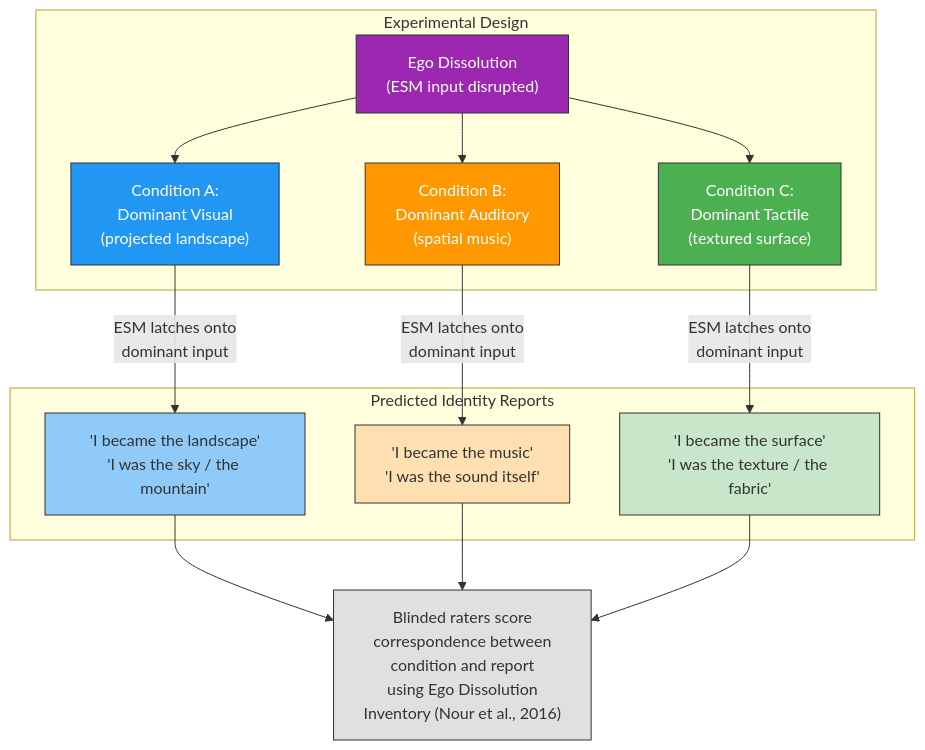
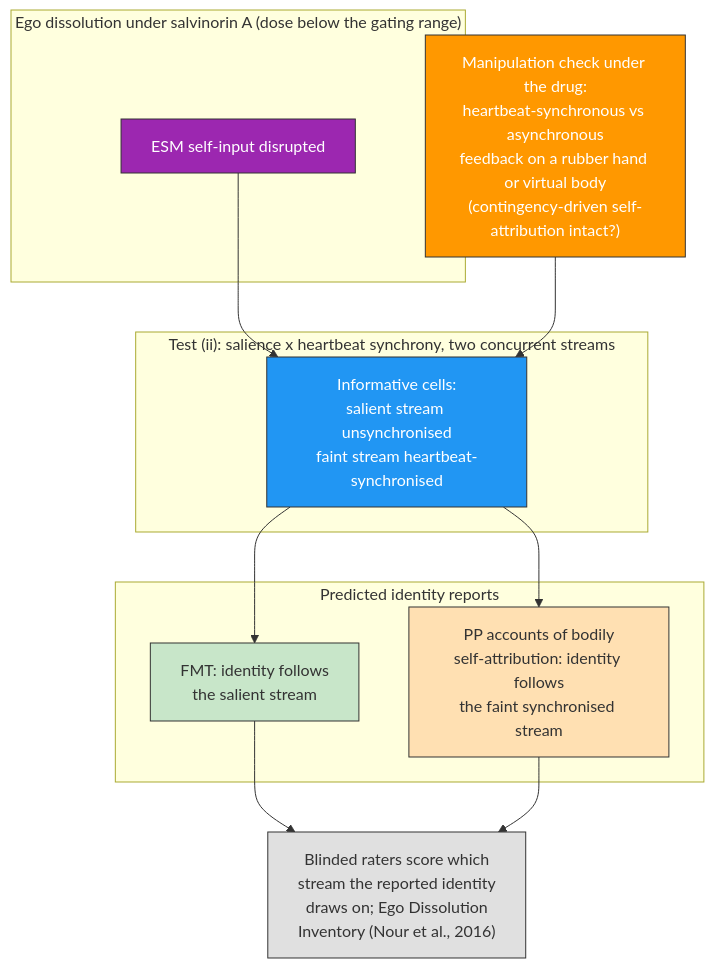
One commit to JeltzProstetnic/aIware changed the diagram in wiki/predictions/prediction-2-ego-dissolution.md. Above: the diagram before and after it, drawn with Mermaid. The commit also changed other lines of this file and 12 other files, not shown here.

````diff
--- a/wiki/predictions/prediction-2-ego-dissolution.md
+++ b/wiki/predictions/prediction-2-ego-dissolution.md
@@ -31,39 +33,33 @@
 ```mermaid
 graph TD
-    subgraph "Experimental Design"
-        DISSOLUTION["Ego Dissolution\n(ESM input disrupted)"]
-
-        ENV_A["Condition A:\nDominant Visual\n(projected landscape)"]
-        ENV_B["Condition B:\nDominant Auditory\n(spatial music)"]
-        ENV_C["Condition C:\nDominant Tactile\n(textured surface)"]
+    subgraph "Ego dissolution under salvinorin A (dose below the gating range)"
+        DISSOLUTION["ESM self-input disrupted"]
     end
 
-    subgraph "Predicted Identity Reports"
-        ID_A["'I became the landscape'\n'I was the sky / the mountain'"]
-        ID_B["'I became the music'\n'I was the sound itself'"]
-        ID_C["'I became the surface'\n'I was the texture / the fabric'"]
+    subgraph "Test (ii): salience x heartbeat synchrony, two concurrent streams"
+        CELL["Informative cells:\nsalient stream unsynchronised\nfaint stream heartbeat-synchronised"]
     end
 
-    DISSOLUTION --> ENV_A
-    DISSOLUTION --> ENV_B
-    DISSOLUTION --> ENV_C
+    subgraph "Predicted identity reports"
+        FMT["FMT: identity follows\nthe salient stream"]
+        PP["PP accounts of bodily\nself-attribution: identity follows\nthe faint synchronised stream"]
+    end
 
-    ENV_A -->|"ESM latches onto\ndominant input"| ID_A
-    ENV_B -->|"ESM latches onto\ndominant input"| ID_B
-    ENV_C -->|"ESM latches onto\ndominant input"| ID_C
+    CHECK["Manipulation check under the drug:\nheartbeat-synchronous vs asynchronous\nfeedback on a rubber hand or virtual body\n(contingency-driven self-attribution intact?)"]
 
-    MEASURE["Blinded raters score\ncorrespondence between\ncondition and report\nusing Ego Dissolution\nInventory (Nour et al., 2016)"]
+    MEASURE["Blinded raters score which\nstream the reported identity\ndraws on; Ego Dissolution\nInventory (Nour et al., 2016)"]
 
-    ID_A --> MEASURE
-    ID_B --> MEASURE
-    ID_C --> MEASURE
+    DISSOLUTION --> CELL
+    CELL --> FMT
+    CELL --> PP
+    CHECK --> CELL
+    FMT --> MEASURE
+    PP --> MEASURE
 
     style DISSOLUTION fill:#9C27B0,stroke:#333,color:#fff
-    style ENV_A fill:#2196F3,stroke:#333,color:#fff
-    style ENV_B fill:#FF9800,stroke:#333,color:#fff
-    style ENV_C fill:#4CAF50,stroke:#333,color:#fff
-    style ID_A fill:#90CAF9,stroke:#333
-    style ID_B fill:#FFE0B2,stroke:#333
-    style ID_C fill:#C8E6C9,stroke:#333
+    style CELL fill:#2196F3,stroke:#333,color:#fff
+    style CHECK fill:#FF9800,stroke:#333,color:#fff
+    style FMT fill:#C8E6C9,stroke:#333
+    style PP fill:#FFE0B2,stroke:#333
     style MEASURE fill:#E0E0E0,stroke:#333
 ```
````
